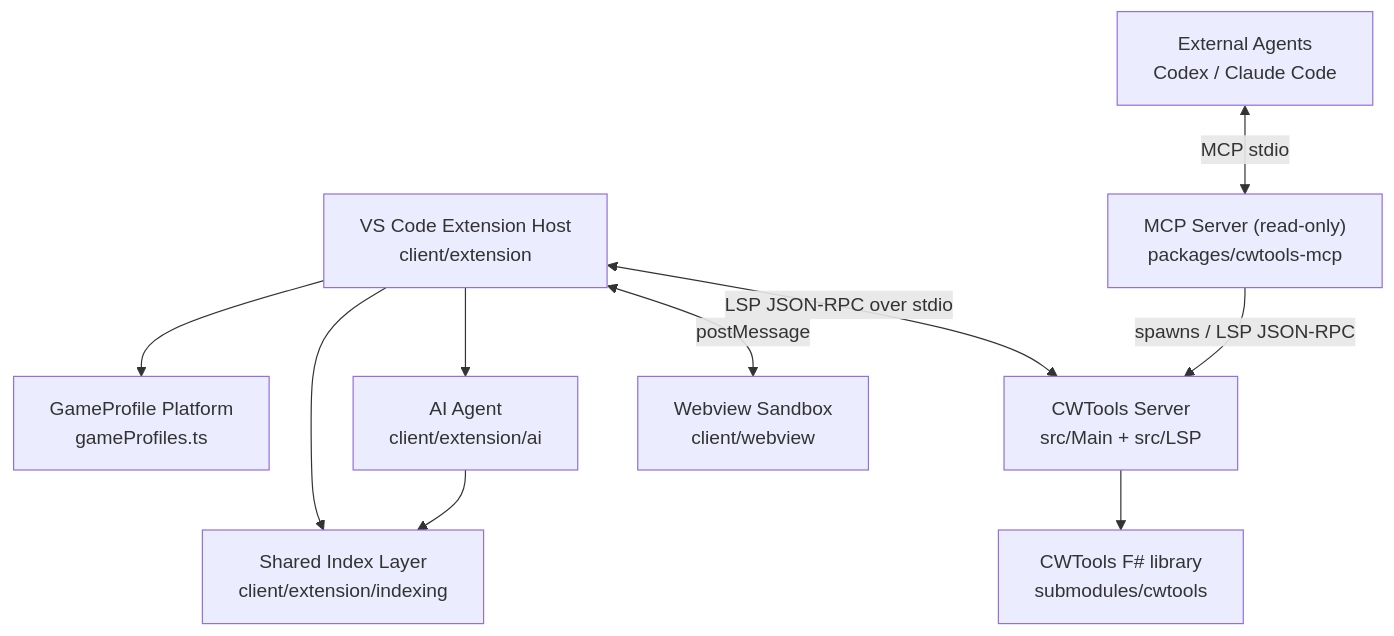
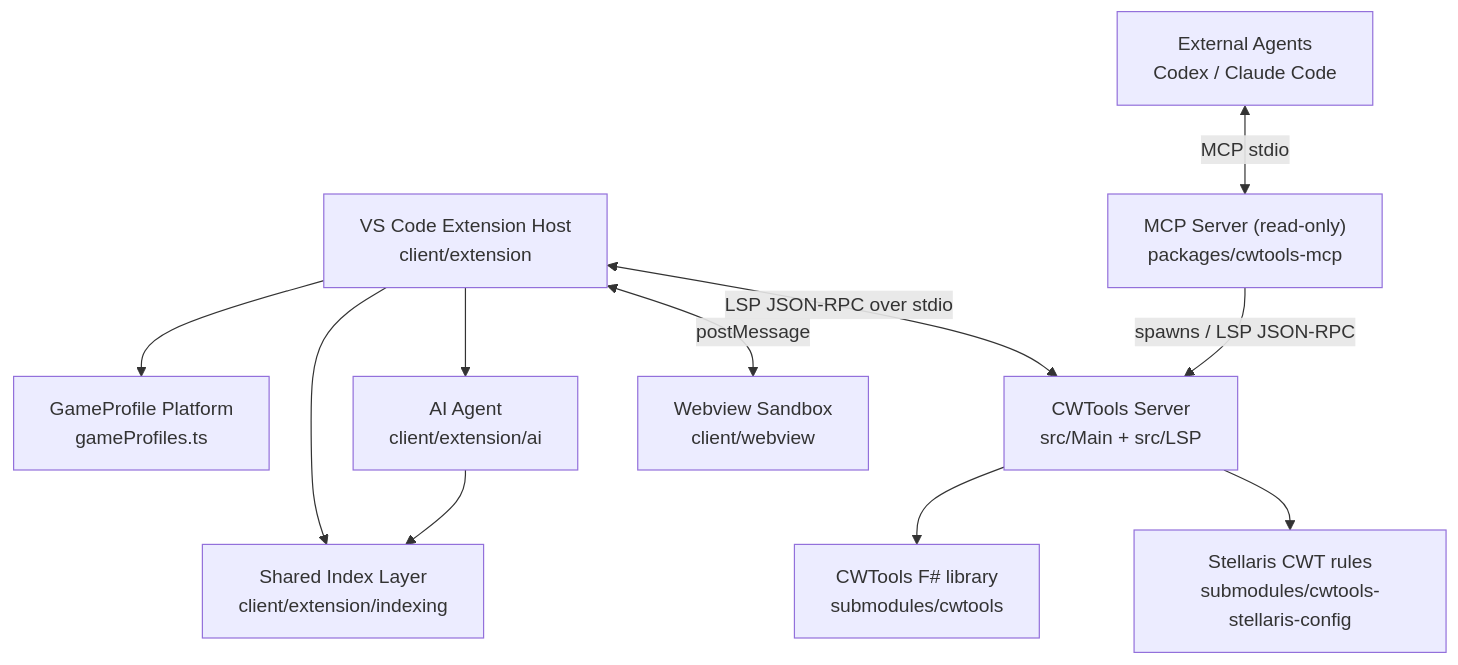
The first of 4 diagrams in ARCHITECTURE.md (Aa728848/cwtools-vscode), drawn with Mermaid before and after one commit. The commit also changed other lines of this file and 15 other files, not shown here.

````diff
--- a/ARCHITECTURE.md
+++ b/ARCHITECTURE.md
@@ -26,22 +44,24 @@
 ```mermaid
 flowchart TD
     VS["VS Code Extension Host\nclient/extension"]
     GP["GameProfile Platform\ngameProfiles.ts"]
     IDX["Shared Index Layer\nclient/extension/indexing"]
     AI["AI Agent\nclient/extension/ai"]
     WV["Webview Sandbox\nclient/webview"]
     LSP["CWTools Server\nsrc/Main + src/LSP"]
     CW["CWTools F# library\nsubmodules/cwtools"]
+    RULES["Stellaris CWT rules\nsubmodules/cwtools-stellaris-config"]
     MCP["MCP Server (read-only)\npackages/cwtools-mcp"]
     EXT["External Agents\nCodex / Claude Code"]
 
     VS --> GP
     VS --> IDX
     VS --> AI
     VS <-->|postMessage| WV
     VS <-->|LSP JSON-RPC over stdio| LSP
     AI --> IDX
     LSP --> CW
+    LSP --> RULES
     EXT <-->|MCP stdio| MCP
     MCP -->|spawns / LSP JSON-RPC| LSP
 ```
````
